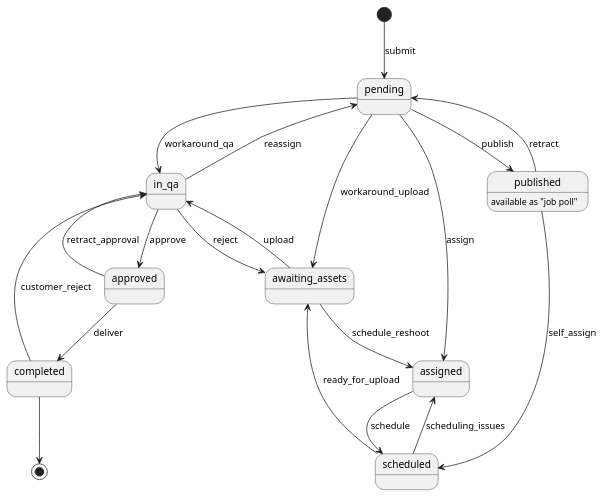
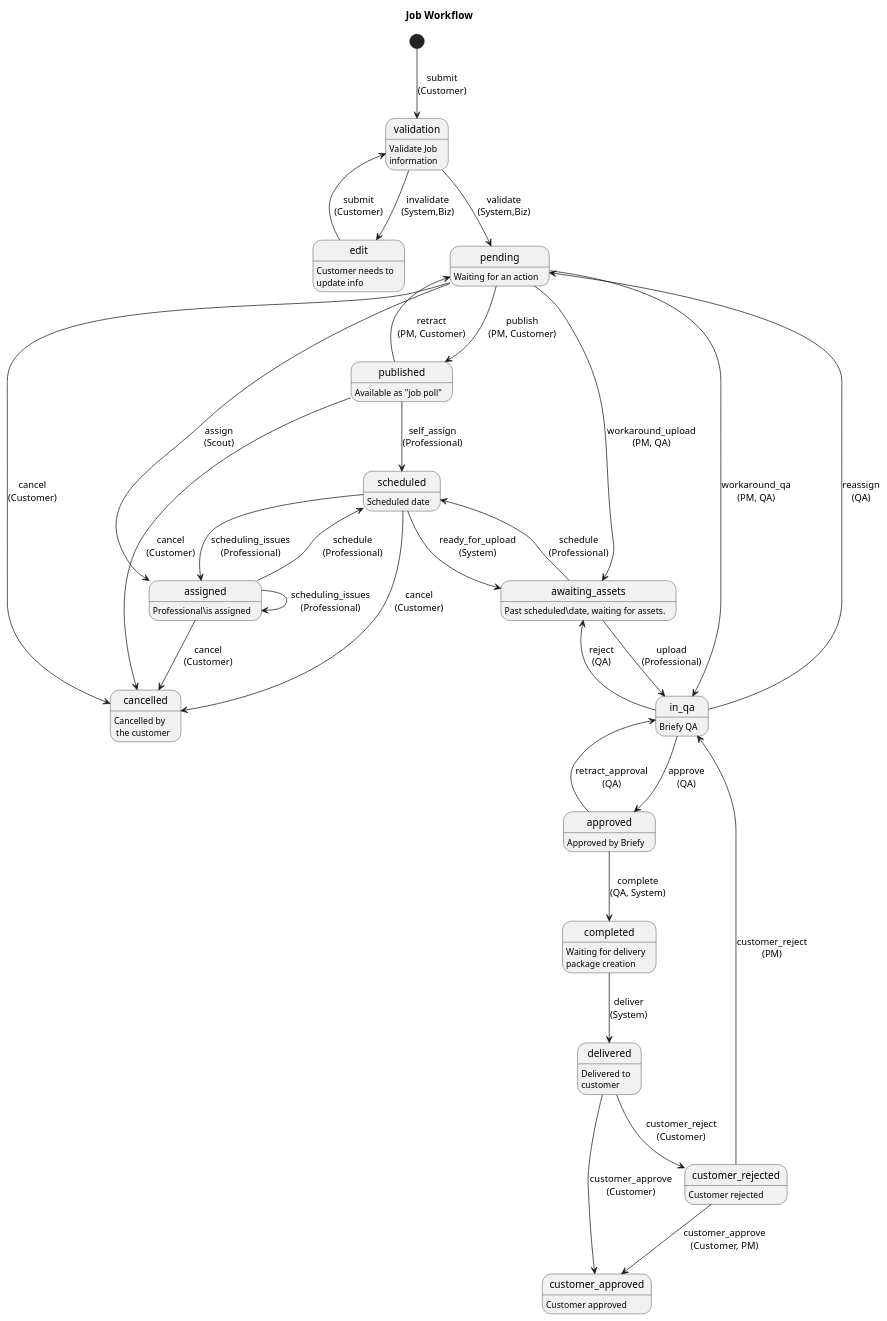
The first of 2 diagrams in docs/workflow.rst (BriefyHQ/briefy.leica), drawn with PlantUML before and after one commit. The commit also changed other lines of this file and 9 other files, not shown here.

```diff
--- a/docs/workflow.rst
+++ b/docs/workflow.rst
@@ -9,26 +12,53 @@
 .. uml::
 
     @startuml
 
-    [*] --> pending : submit
-    pending --> in_qa : workaround_qa
-    pending --> awaiting_assets : workaround_upload
-    pending --> assigned: assign
-    pending --> published: publish
-    published --> pending: retract
-    published --> scheduled: self_assign
-    published : available as "job poll"
-    assigned --> scheduled: schedule
-    scheduled --> assigned: scheduling_issues
-    awaiting_assets --> assigned: schedule_reshoot
-    scheduled --> awaiting_assets: ready_for_upload
-    awaiting_assets --> in_qa: upload
-    in_qa --> awaiting_assets: reject
-    in_qa --> approved: approve
-    in_qa --> pending: reassign
-    approved --> in_qa: retract_approval
-    approved --> completed: deliver
-    completed --> in_qa: customer_reject
-    completed --> [*]
+    title Job Workflow
+
+    state validation: Validate Job\ninformation
+    state edit: Customer needs to\nupdate info
+    state pending: Waiting for an action
+    state published: Available as "job poll"
+    state assigned: Professional\is assigned
+    state scheduled: Scheduled date
+    state cancelled: Cancelled by\n the customer
+    state awaiting_assets: Past scheduled\date, waiting for assets.
+    state in_qa: Briefy QA
+    state approved: Approved by Briefy
+    state completed: Waiting for delivery\npackage creation
+    state delivered: Delivered to\ncustomer
+    state customer_rejected: Customer rejected
+    state customer_approved: Customer approved
+
+    [*] --> validation : submit\n(Customer)
+    validation --> edit : invalidate\n(System,Biz)
+    edit --> validation : submit\n(Customer)
+    validation --> pending : validate\n(System,Biz)
+    pending --> in_qa : workaround_qa\n(PM, QA)
+    pending --> awaiting_assets : workaround_upload\n(PM, QA)
+    pending --> assigned: assign\n(Scout)
+    pending --> published: publish\n(PM, Customer)
+    published --> pending: retract\n(PM, Customer)
+    published --> scheduled: self_assign\n(Professional)
+    assigned --> scheduled: schedule\n(Professional)
+    assigned --> assigned: scheduling_issues\n(Professional)
+    scheduled --> assigned: scheduling_issues\n(Professional)
+    awaiting_assets --> scheduled: schedule\n(Professional)
+    scheduled --> awaiting_assets: ready_for_upload\n(System)
+    awaiting_assets --> in_qa: upload\n(Professional)
+    in_qa --> awaiting_assets: reject\n(QA)
+    in_qa --> approved: approve\n(QA)
+    in_qa --> pending: reassign\n(QA)
+    approved --> in_qa: retract_approval\n(QA)
+    approved --> completed: complete\n(QA, System)
+    completed --> delivered: deliver\n(System)
+    delivered --> customer_rejected: customer_reject\n(Customer)
+    delivered --> customer_approved: customer_approve\n(Customer)
+    customer_rejected --> customer_approved: customer_approve\n(Customer, PM)
+    customer_rejected --> in_qa: customer_reject\n(PM)
+    pending --> cancelled: cancel\n(Customer)
+    published --> cancelled: cancel\n(Customer)
+    assigned --> cancelled: cancel\n(Customer)
+    scheduled --> cancelled: cancel\n(Customer)
 
     @enduml
```
